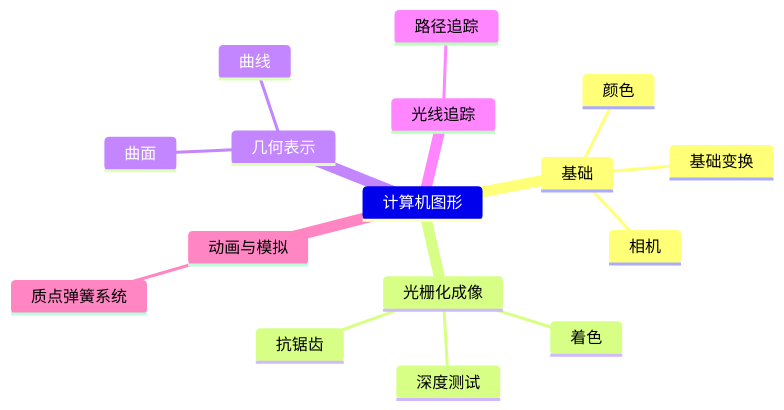
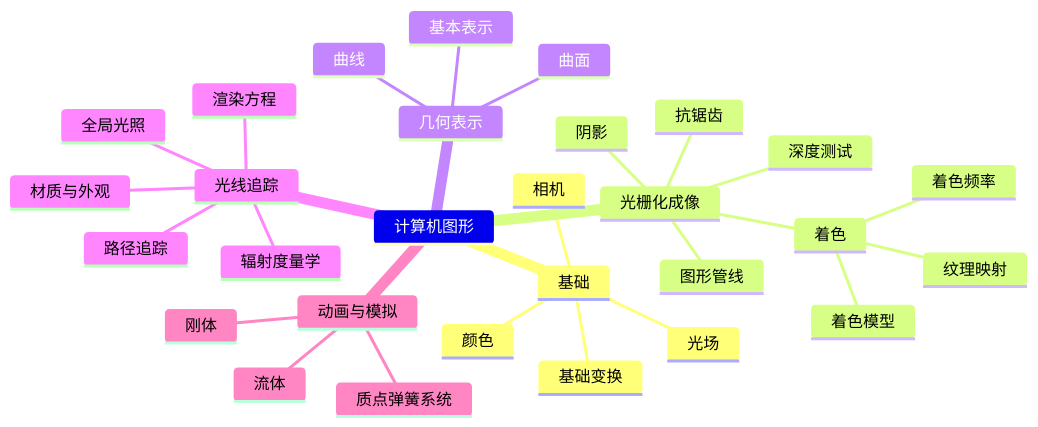
The diagram in docs/计算机/图形/图形.md (jishuguang/library), drawn with Mermaid before and after one commit.

Commit message:
Refine graphic.

````diff
--- a/docs/计算机/图形/图形.md
+++ b/docs/计算机/图形/图形.md
@@ -3,19 +3,32 @@
 ```{mermaid}
 mindmap
 计算机图形
     基础
         基础变换
         相机
+        光场
         颜色
     光栅化成像
         深度测试
         抗锯齿
         着色
+            着色模型
+            着色频率
+            纹理映射
+        阴影
+        图形管线
     几何表示
+        基本表示
         曲线
         曲面
     光线追踪
+        辐射度量学
+        渲染方程
+        全局光照
         路径追踪
+        材质与外观
     动画与模拟
         质点弹簧系统
+        刚体
+        流体
 ```
````
